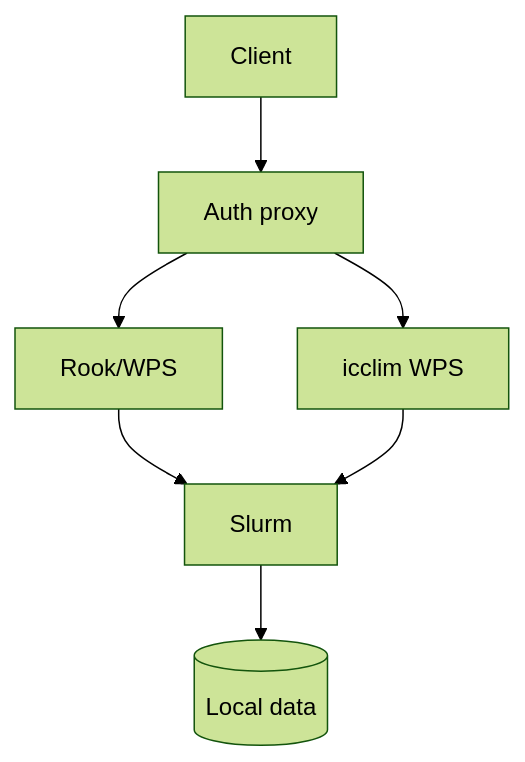
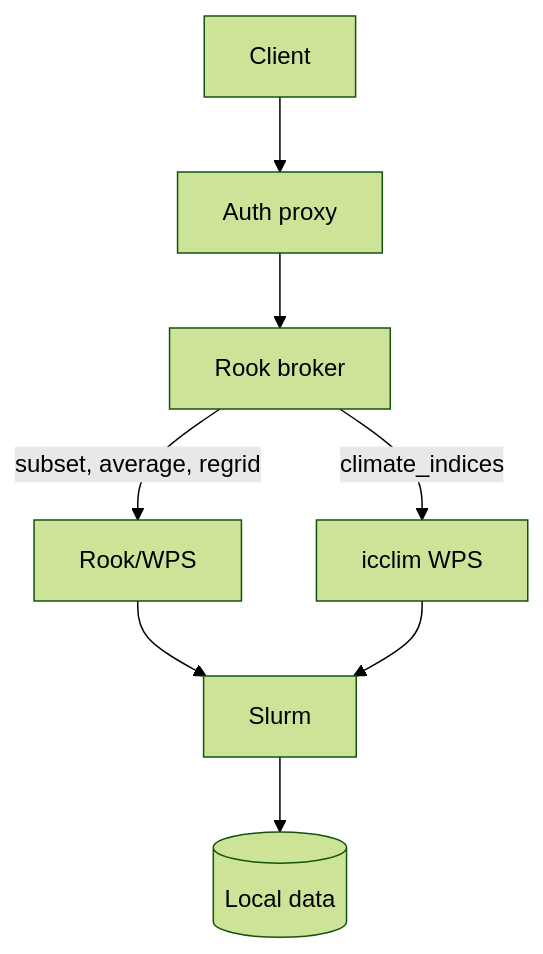
Before and after one commit to roocs/rook: the ninth of 10 diagrams in Rook_WPS_ESGF2_talk_draft.md, drawn with Mermaid (forest theme). The commit also changed other lines of this file, not shown here.

Commit message:
update icclim integration with broker

````diff
--- a/Rook_WPS_ESGF2_talk_draft.md
+++ b/Rook_WPS_ESGF2_talk_draft.md
@@ -289,11 +290,12 @@
 ```mermaid
 flowchart TD
     Client["Client"] --> Proxy["Auth proxy"]
+    Proxy --> Broker["Rook broker"]
 
-    Proxy --> Rook["Rook/WPS"]
-    Proxy --> ICCLIM["icclim WPS"]
+    Broker -->|"subset, average, regrid"| Rook["Rook/WPS"]
+    Broker -->|"climate_indices"| ICCLIM["icclim WPS"]
 
     Rook --> Slurm["Slurm"]
     ICCLIM --> Slurm
     Slurm --> Data[("Local data")]
 ```
````
